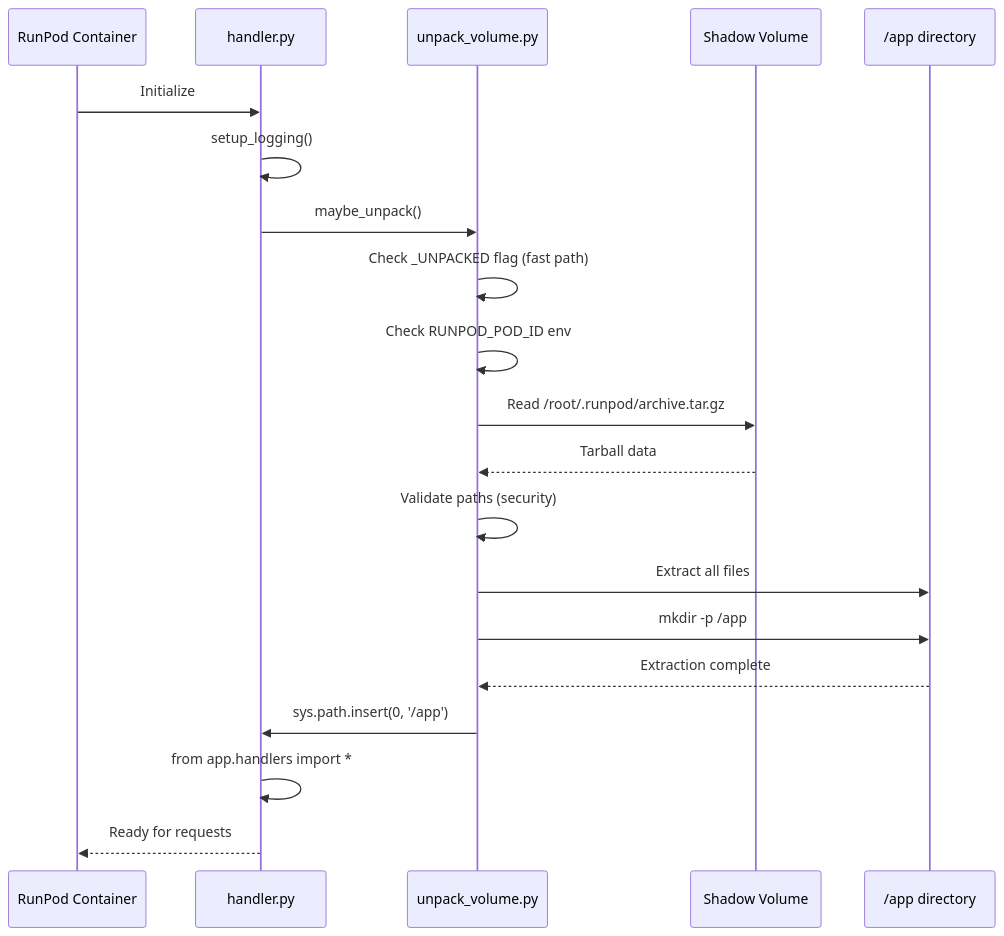
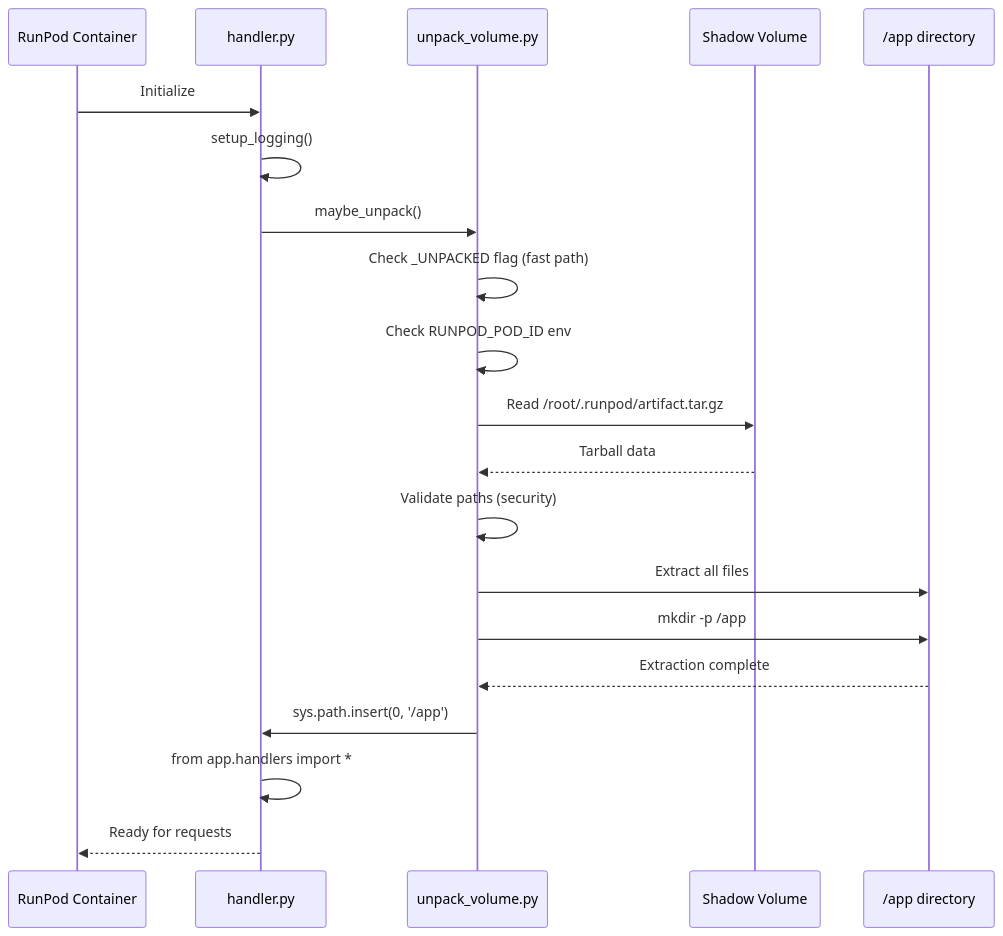
Before and after one commit to runpod-workers/worker-tetra: the diagram in docs/Volume_Unpacking_System.md, drawn with Mermaid. The commit also changed other lines of this file and 5 other files, not shown here.

First line of the commit message:
Fix: AE-1968: archive.tar.gz -> artifact.tar.gz (#57)

````diff
--- a/docs/Volume_Unpacking_System.md
+++ b/docs/Volume_Unpacking_System.md
@@ -19,23 +19,23 @@
 ```mermaid
 sequenceDiagram
     participant Pod as RunPod Container
     participant Handler as handler.py
     participant Unpack as unpack_volume.py
     participant Volume as Shadow Volume
     participant App as /app directory
 
     Pod->>Handler: Initialize
     Handler->>Handler: setup_logging()
     Handler->>Unpack: maybe_unpack()
     Unpack->>Unpack: Check _UNPACKED flag (fast path)
     Unpack->>Unpack: Check RUNPOD_POD_ID env
-    Unpack->>Volume: Read /root/.runpod/archive.tar.gz
+    Unpack->>Volume: Read /root/.runpod/artifact.tar.gz
     Volume-->>Unpack: Tarball data
     Unpack->>Unpack: Validate paths (security)
     Unpack->>App: Extract all files
     Unpack->>App: mkdir -p /app
     App-->>Unpack: Extraction complete
     Unpack->>Handler: sys.path.insert(0, '/app')
     Handler->>Handler: from app.handlers import *
     Handler-->>Pod: Ready for requests
 ```
````
